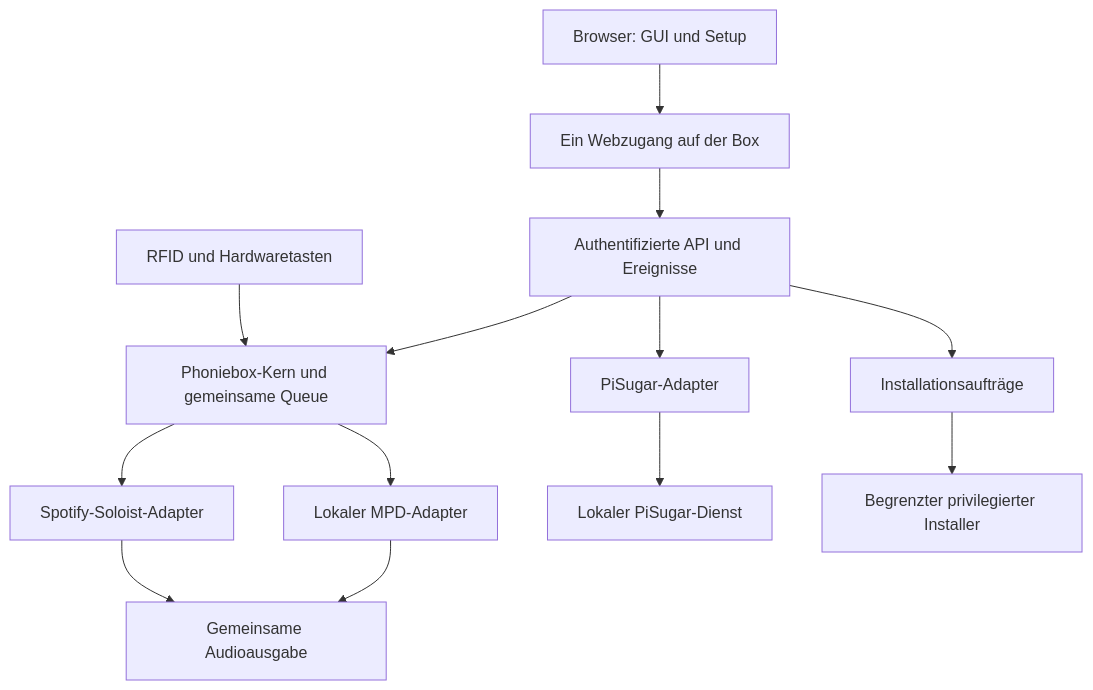
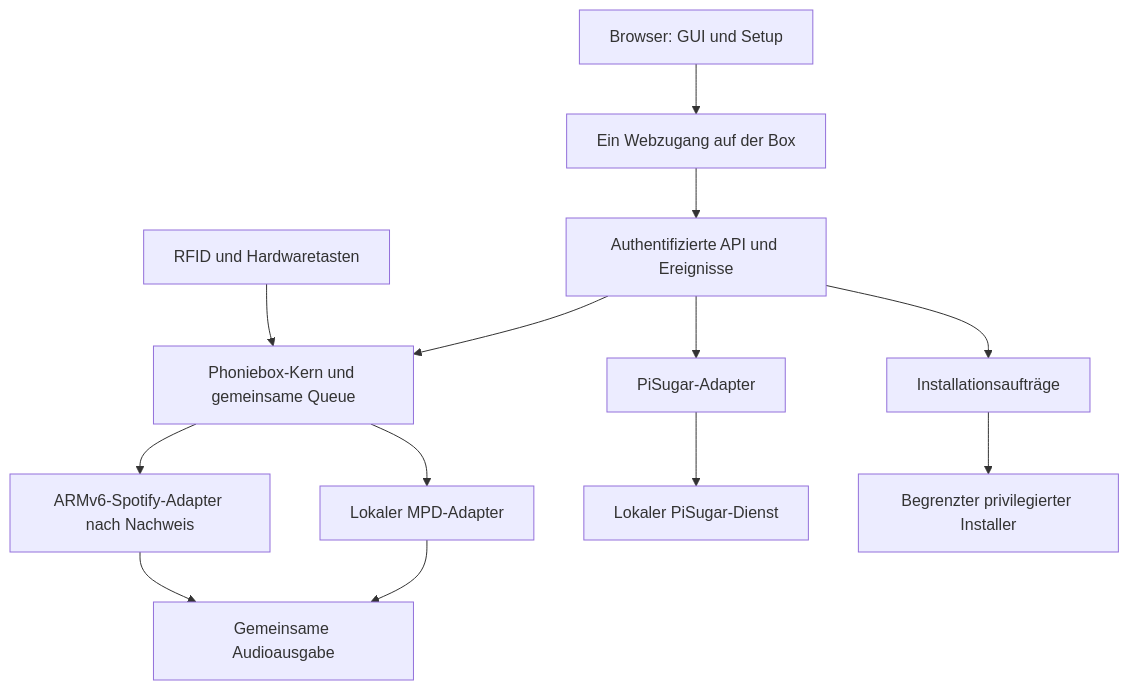
The diagram in docs/superpowers/specs/2026-10-16-phoniebox-design.md (Motrish/RPi-Jukebox-RFID), drawn with Mermaid before and after one commit. The commit also changed other lines of this file and 13 other files, not shown here.

````diff
--- a/docs/superpowers/specs/2026-10-16-phoniebox-design.md
+++ b/docs/superpowers/specs/2026-10-16-phoniebox-design.md
@@ -35,15 +35,15 @@
 ```mermaid
 flowchart TD
     Browser[Browser: GUI und Setup] --> Web[Ein Webzugang auf der Box]
     Web --> API[Authentifizierte API und Ereignisse]
     API --> Core[Phoniebox-Kern und gemeinsame Queue]
     RFID[RFID und Hardwaretasten] --> Core
     Core --> MPD[Lokaler MPD-Adapter]
-    Core --> Soloist[Spotify-Soloist-Adapter]
+    Core --> Spotify[ARMv6-Spotify-Adapter nach Nachweis]
     MPD --> Audio[Gemeinsame Audioausgabe]
-    Soloist --> Audio
+    Spotify --> Audio
     API --> Battery[PiSugar-Adapter]
     Battery --> Manager[Lokaler PiSugar-Dienst]
     API --> Setup[Installationsaufträge]
     Setup --> Worker[Begrenzter privilegierter Installer]
 ```
````
